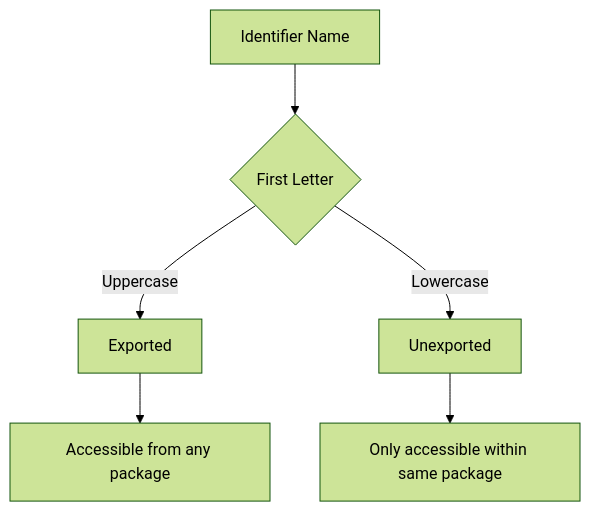
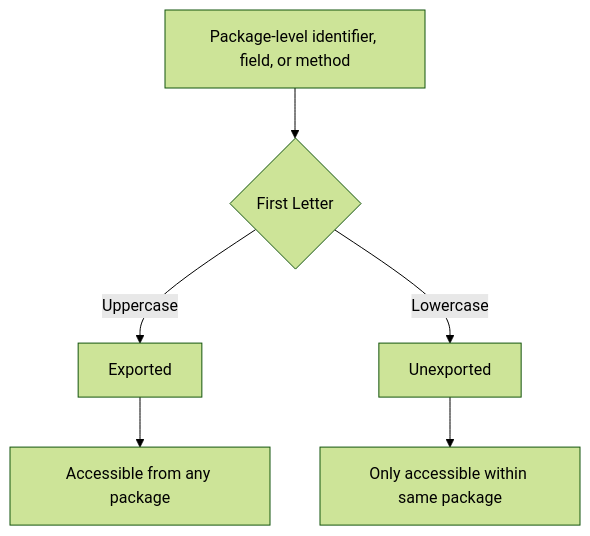
Before and after one commit to OneUptime/blog: the diagram in posts/2026-01-23-go-unexported-name/README.md, drawn with Mermaid (forest theme). The commit also changed other lines of this file and 4262 other files, not shown here.

````diff
--- a/posts/2026-01-23-go-unexported-name/README.md
+++ b/posts/2026-01-23-go-unexported-name/README.md
@@ -45,8 +45,8 @@
 ```mermaid
 graph TD
-    A[Identifier Name] --> B{First Letter}
+    A[Package-level identifier, field, or method] --> B{First Letter}
     B -->|Uppercase| C[Exported]
     B -->|Lowercase| D[Unexported]
     C --> E[Accessible from any package]
     D --> F[Only accessible within same package]
 ```
````
